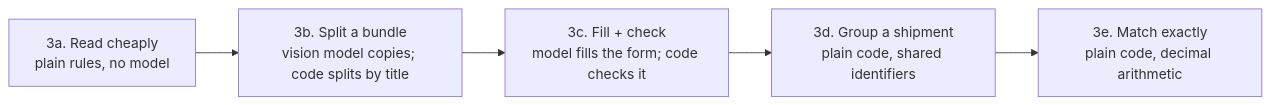
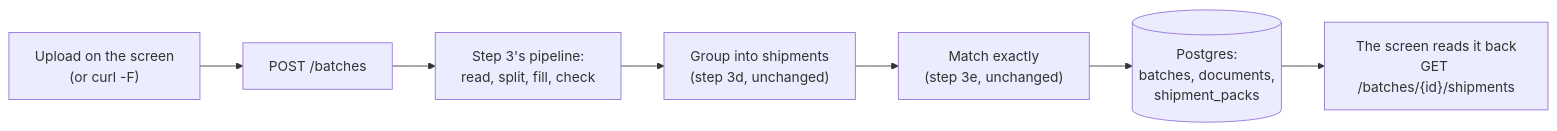
Before and after one commit to capchitts/crossexam-project: the second of 2 diagrams in README.md, drawn with Mermaid. The commit also changed other lines of this file and 17 other files, not shown here.

First line of the commit message:
Step 4: a shared database, an API and a screen

````diff
--- a/README.md
+++ b/README.md
@@ -37,7 +31,9 @@
 ```mermaid
 flowchart LR
-    A["3a. Read cheaply<br/>plain rules, no model"] --> B["3b. Split a bundle<br/>vision model copies; code splits by title"]
-    B --> C["3c. Fill + check<br/>model fills the form; code checks it"]
-    C --> D["3d. Group a shipment<br/>plain code, shared identifiers"]
-    D --> E["3e. Match exactly<br/>plain code, decimal arithmetic"]
+    U["Upload on the screen<br/>(or curl -F)"] --> API["POST /batches"]
+    API --> P["Step 3's pipeline:<br/>read, split, fill, check"]
+    P --> G["Group into shipments<br/>(step 3d, unchanged)"]
+    G --> M["Match exactly<br/>(step 3e, unchanged)"]
+    M --> DB[("Postgres:<br/>batches, documents,<br/>shipment_packs")]
+    DB --> SCR["The screen reads it back<br/>GET /batches/{id}/shipments"]
 ```
````
